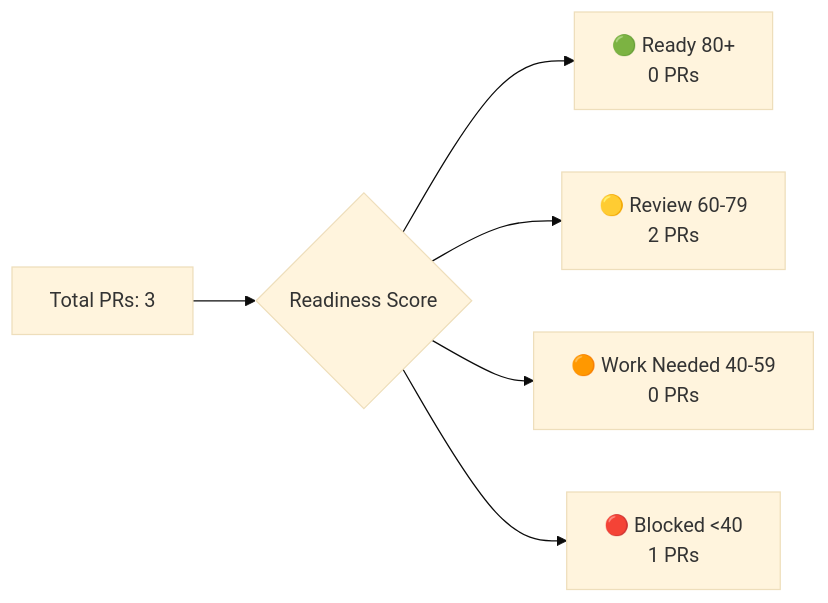
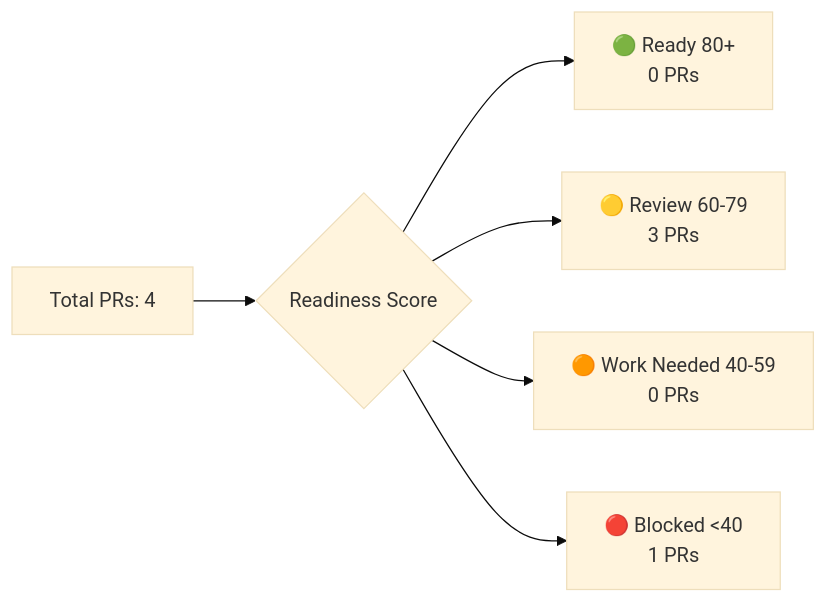
Before and after one commit to Nitsur10/invoice-dashboard-deploy: the third of 4 diagrams in docs/tracker.md, drawn with Mermaid (base theme). The commit also changed other lines of this file and 1 other file, not shown here.

First line of the commit message:
chore(tracker): update portfolio dashboard - 4 PRs, 6 issues

````diff
--- a/docs/tracker.md
+++ b/docs/tracker.md
@@ -40,8 +40,8 @@
 ```mermaid
 graph LR
-    A[Total PRs: 3] --> B{Readiness Score}
+    A[Total PRs: 4] --> B{Readiness Score}
     B --> C[🟢 Ready 80+<br/>0 PRs]
-    B --> D[🟡 Review 60-79<br/>2 PRs]
+    B --> D[🟡 Review 60-79<br/>3 PRs]
     B --> E[🟠 Work Needed 40-59<br/>0 PRs]
     B --> F[🔴 Blocked <40<br/>1 PRs]
 ```
````
